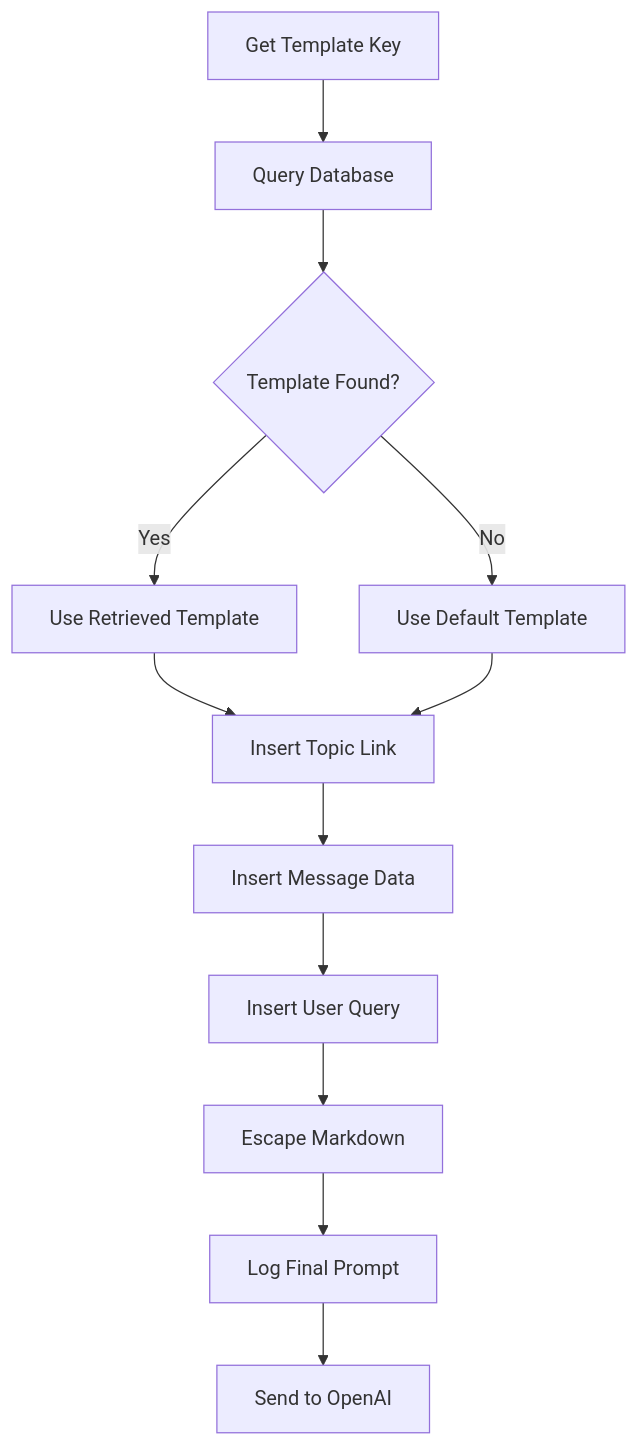
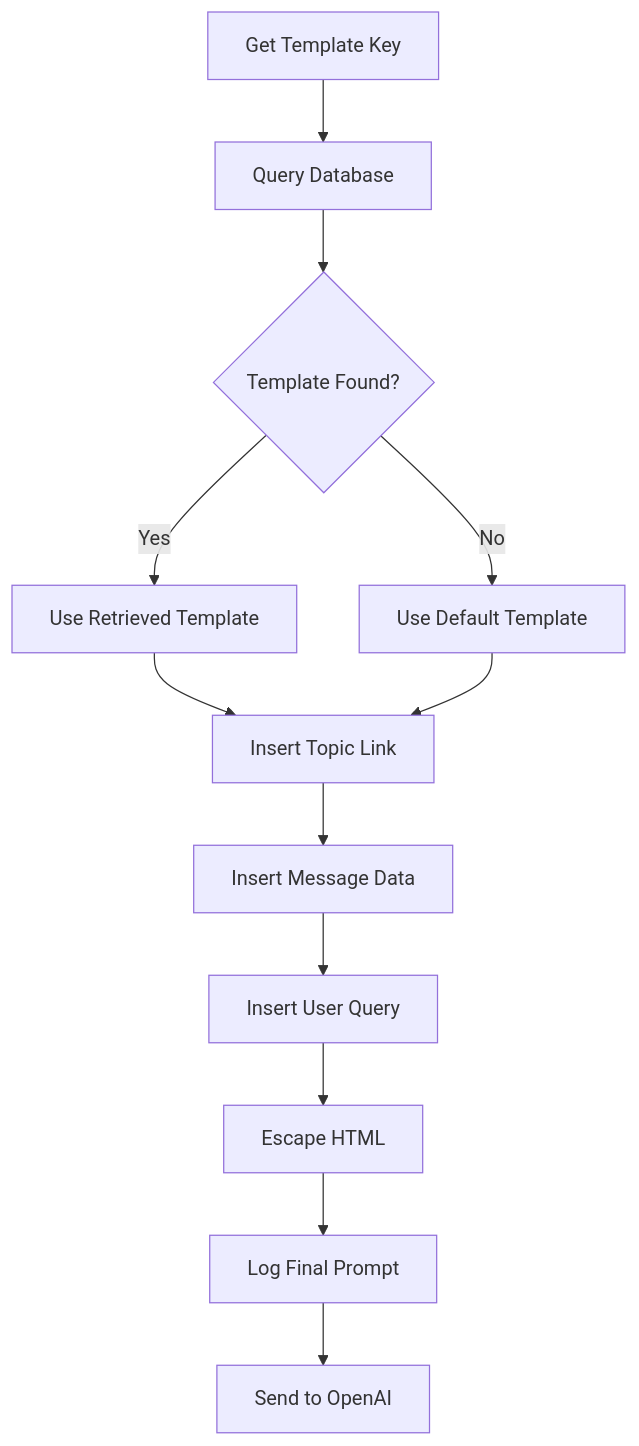
One commit to it-beard/evo-bot-go changed the second of 3 diagrams in .qoder/repowiki/en/content/AI-Powered Search/Content Search.md. Above: the diagram before and after it, drawn with Mermaid. The commit also changed other lines of this file and 14 other files, not shown here.

````diff
--- a/.qoder/repowiki/en/content/AI-Powered Search/Content Search.md
+++ b/.qoder/repowiki/en/content/AI-Powered Search/Content Search.md
@@ -88,14 +96,14 @@
 ```mermaid
 flowchart TD
 A[Get Template Key] --> B[Query Database]
 B --> C{Template Found?}
 C --> |Yes| D[Use Retrieved Template]
 C --> |No| E[Use Default Template]
 D --> F[Insert Topic Link]
 E --> F
 F --> G[Insert Message Data]
 G --> H[Insert User Query]
-H --> I[Escape Markdown]
+H --> I[Escape HTML]
 I --> J[Log Final Prompt]
 J --> K[Send to OpenAI]
 ```
````
